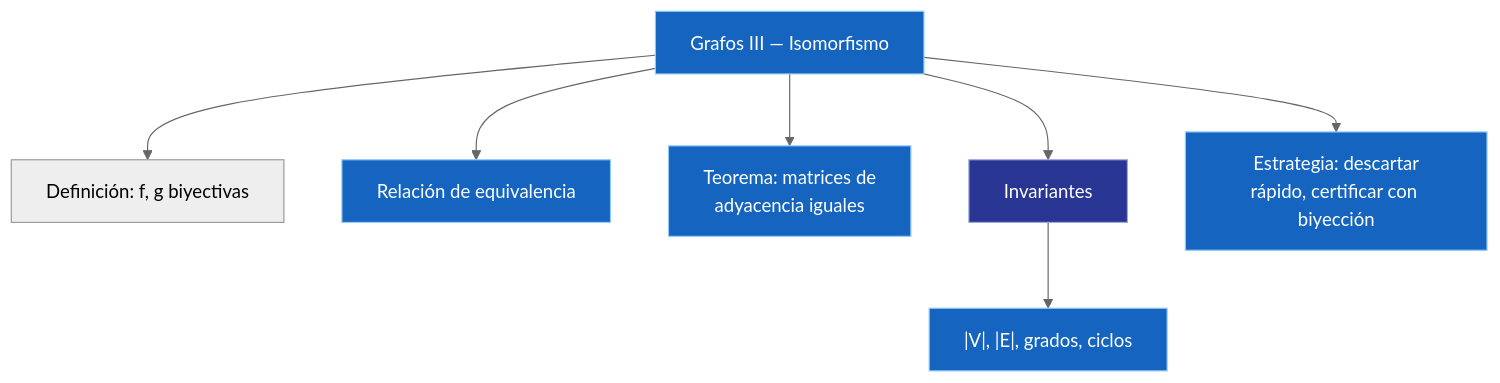
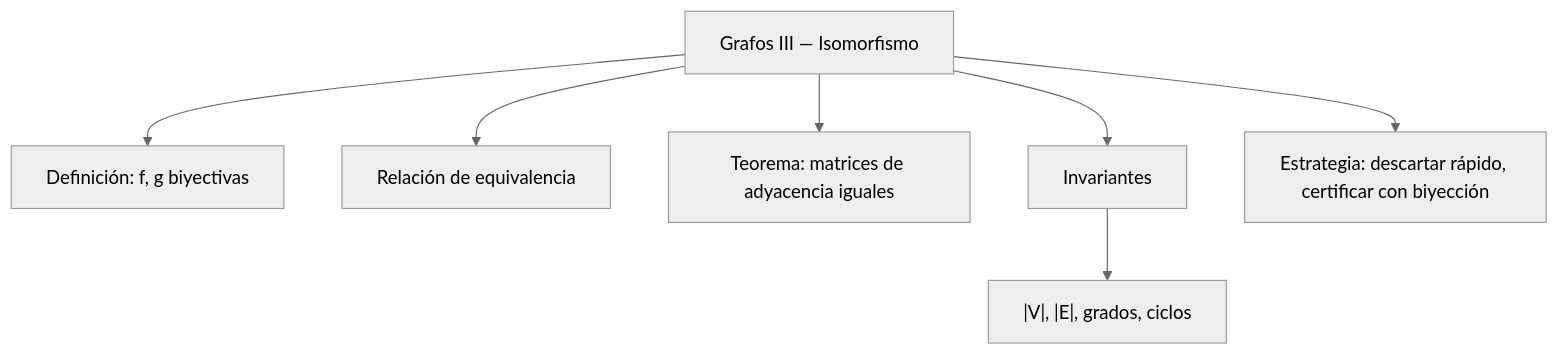
The second of 2 diagrams in src/site/notes/Universidad/3er Semestre/Matemáticas Discretas/Unidad 5 - Grafos y Árboles/03 - Grafos III - Isomorfismo.md (Fsteven22/Notas-ESPOL), drawn with Mermaid (neutral theme) before and after one commit. The commit also changed other lines of this file and 179 other files, not shown here.

````diff
--- a/src/site/notes/Universidad/3er Semestre/Matemáticas Discretas/Unidad 5 - Grafos y Árboles/03 - Grafos III - Isomorfismo.md
+++ b/src/site/notes/Universidad/3er Semestre/Matemáticas Discretas/Unidad 5 - Grafos y Árboles/03 - Grafos III - Isomorfismo.md
@@ -204,16 +196,10 @@
 ```mermaid
 graph TD
     A["Grafos III — Isomorfismo"] --> B["Definición: f, g biyectivas"]
     A --> C["Relación de equivalencia"]
-    A --> D["Teorema: matrices de<br/>adyacencia iguales"]
+    A --> D["Teorema: matrices de adyacencia iguales"]
     A --> E["Invariantes"]
     E --> F["|V|, |E|, grados, ciclos"]
-    A --> G["Estrategia: descartar<br/>rápido, certificar con biyección"]
-    style A fill:#1565C0,color:#FFFFFF,stroke:#90CAF9,stroke-width:1px
-    style C fill:#1565C0,color:#FFFFFF,stroke:#90CAF9,stroke-width:1px
-    style D fill:#1565C0,color:#FFFFFF,stroke:#90CAF9,stroke-width:1px
-    style E fill:#283593,color:#FFFFFF,stroke:#9FA8DA,stroke-width:1px
-    style F fill:#1565C0,color:#FFFFFF,stroke:#90CAF9,stroke-width:1px
-    style G fill:#1565C0,color:#FFFFFF,stroke:#90CAF9,stroke-width:1px
+    A --> G["Estrategia: descartar rápido, certificar con biyección"]
 
 ```
````
